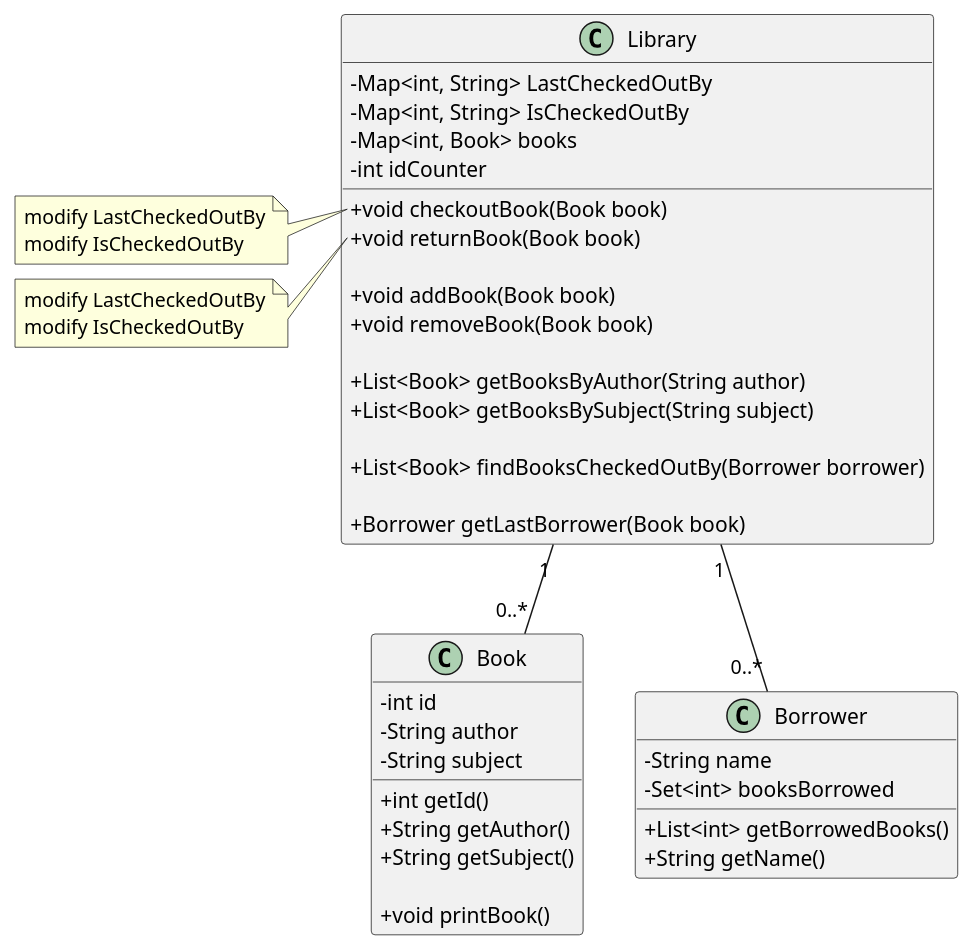
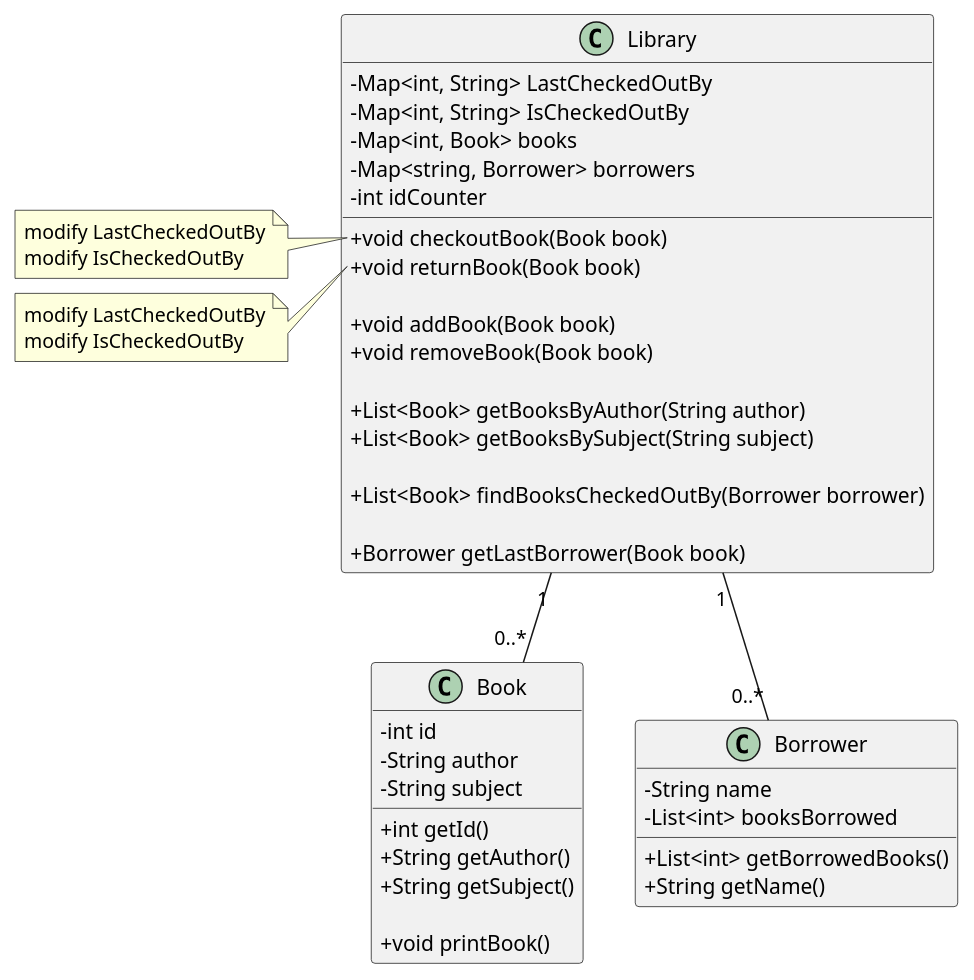
Before and after one commit to MarkLai0317/Software-Engineering-Midterm: the diagram in uml/uml-1.puml, drawn with PlantUML. The commit also changed 2 other files, not shown here.

Commit message:
all 4 uml

```diff
--- a/uml/uml-1.puml
+++ b/uml/uml-1.puml
@@ -1,60 +1,62 @@
 @startuml
 skinparam classAttributeIconSize 0
 
 class Book{
     -int id
     -String author
     -String subject
 
     +int getId()
     +String getAuthor()
     +String getSubject()
 
     +void printBook()
 }
 
 class Borrower{
     -String name
-    -Set<int> booksBorrowed
+    -List<int> booksBorrowed
     +List<int> getBorrowedBooks()
     +String getName()
 
 }
 
 class Library{
 
     'store last borrower of a book'
     -Map<int, String> LastCheckedOutBy 
     -Map<int, String> IsCheckedOutBy
     -Map<int, Book> books
+    -Map<string, Borrower> borrowers
     -int idCounter
 
+    
 
     +void checkoutBook(Book book)
     +void returnBook(Book book)
 
     +void addBook(Book book)
     +void removeBook(Book book)
 
     +List<Book> getBooksByAuthor(String author)
     +List<Book> getBooksBySubject(String subject)
 
     +List<Book> findBooksCheckedOutBy(Borrower borrower)
 
     +Borrower getLastBorrower(Book book)
 
 }
 
 Library "1" -- "0..*" Book
 Library "1" -- "0..*" Borrower
 
 note left of  Library::checkoutBook
     modify LastCheckedOutBy
     modify IsCheckedOutBy
 end note
 
 note left of  Library::returnBook
     modify LastCheckedOutBy
     modify IsCheckedOutBy
 end note
 @enduml
```
